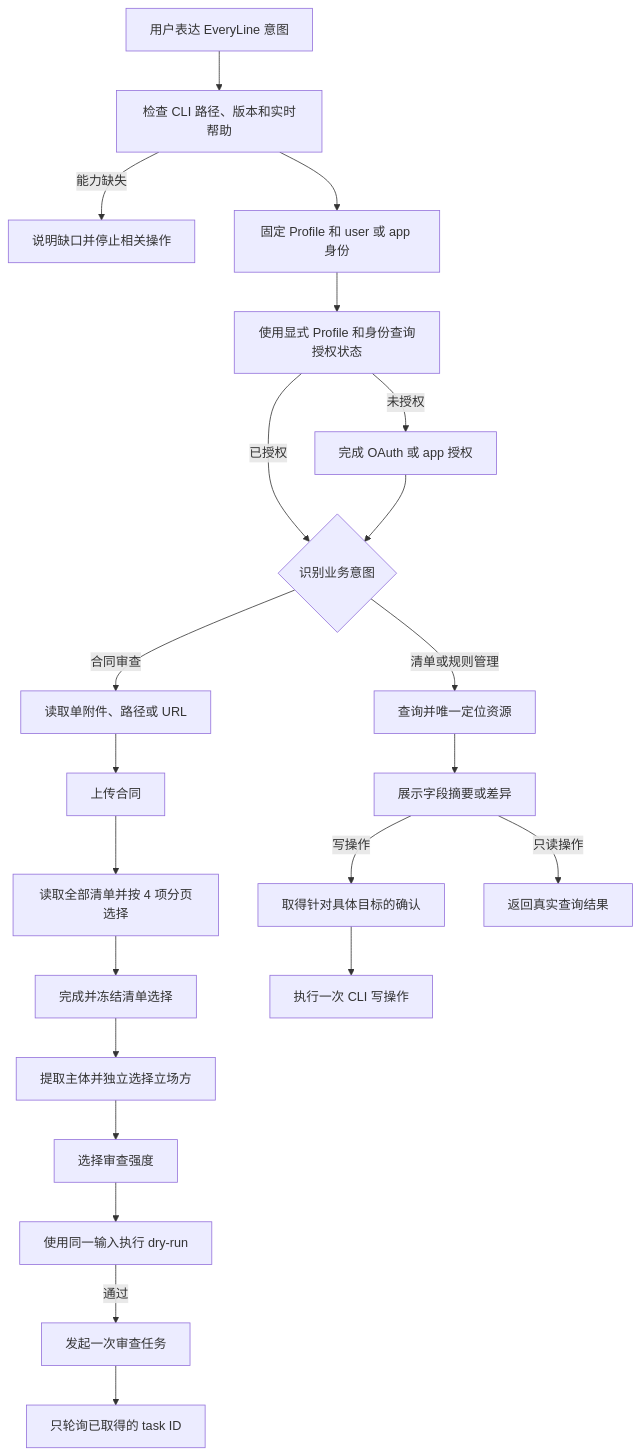
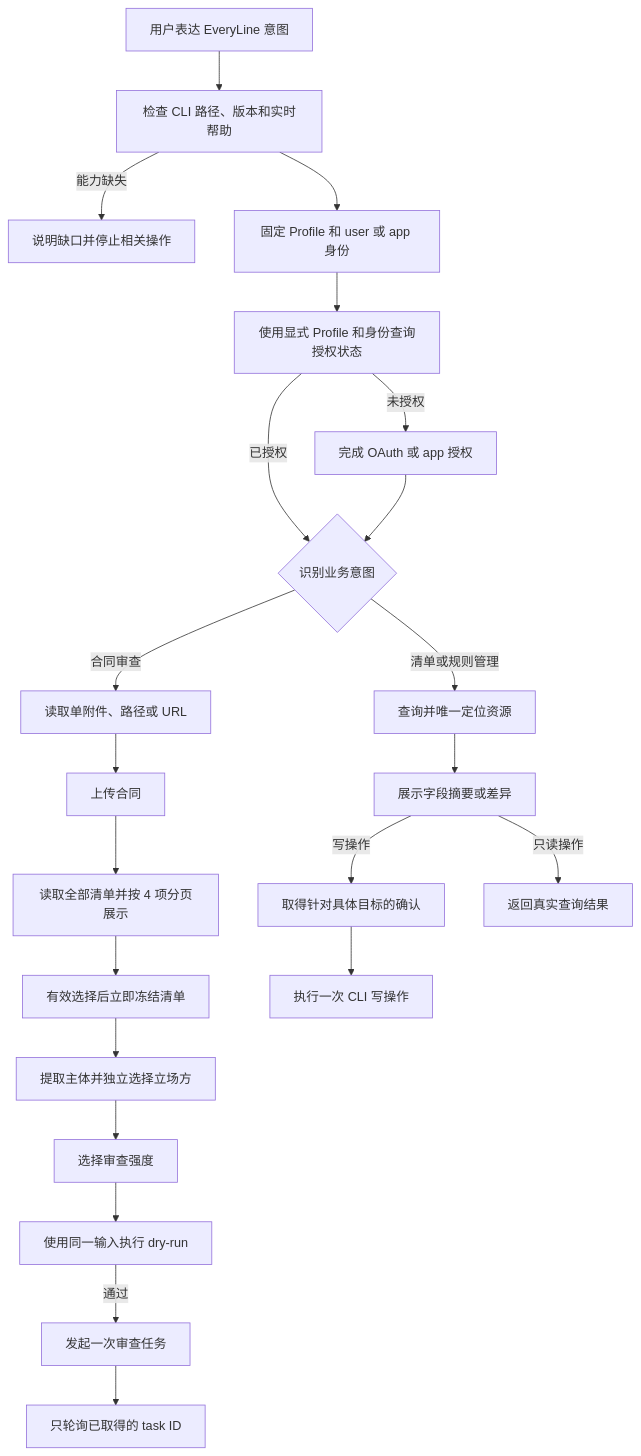
One commit to qfeius/everyline-cli changed the diagram in docs/everyline-cli-skill-interaction-scenarios.md. Above: the diagram before and after it, drawn with Mermaid. The commit also changed other lines of this file and 31 other files, not shown here.

````diff
--- a/docs/everyline-cli-skill-interaction-scenarios.md
+++ b/docs/everyline-cli-skill-interaction-scenarios.md
@@ -15,24 +15,24 @@
 ```mermaid
 flowchart TD
     A[用户表达 EveryLine 意图] --> B[检查 CLI 路径、版本和实时帮助]
     B -->|能力缺失| Z[说明缺口并停止相关操作]
     B --> C[固定 Profile 和 user 或 app 身份]
     C --> D[使用显式 Profile 和身份查询授权状态]
     D -->|未授权| E[完成 OAuth 或 app 授权]
     D -->|已授权| F{识别业务意图}
     E --> F
     F -->|合同审查| G[读取单附件、路径或 URL]
     G --> H[上传合同]
-    H --> I[读取全部清单并按 4 项分页选择]
-    I --> J[完成并冻结清单选择]
+    H --> I[读取全部清单并按 4 项分页展示]
+    I --> J[有效选择后立即冻结清单]
     J --> K[提取主体并独立选择立场方]
     K --> L[选择审查强度]
     L --> M[使用同一输入执行 dry-run]
     M -->|通过| N[发起一次审查任务]
     N --> O[只轮询已取得的 task ID]
     F -->|清单或规则管理| P[查询并唯一定位资源]
     P --> Q[展示字段摘要或差异]
     Q -->|写操作| R[取得针对具体目标的确认]
     R --> S[执行一次 CLI 写操作]
     Q -->|只读操作| T[返回真实查询结果]
 ```
````
